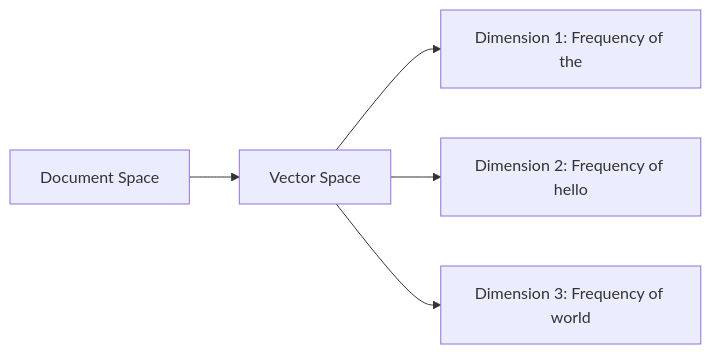
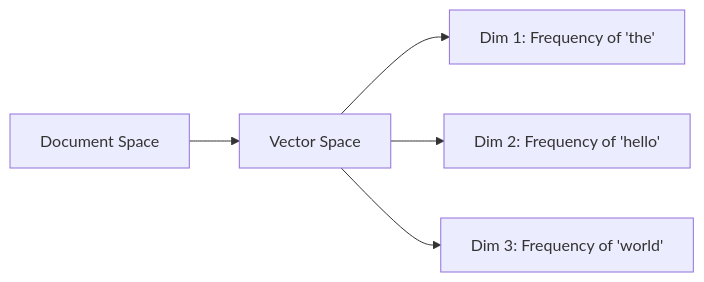
Before and after one commit to mgorav/Vectors: the first of 3 diagrams in readme.md, drawn with Mermaid. The commit also changed 1 other file, not shown here.

````diff
--- a/readme.md
+++ b/readme.md
@@ -12,7 +12,8 @@
 ```mermaid
 graph LR
-    A[Document Space] --> B[Vector Space]
-    B --> C[Dimension 1: Frequency of the]
-    B --> D[Dimension 2: Frequency of hello]
-    B --> E[Dimension 3: Frequency of world]
+  A[Document Space] --> B[Vector Space]
+  B --> C[Dim 1: Frequency of 'the']
+  B --> D[Dim 2: Frequency of 'hello']
+  B --> E[Dim 3: Frequency of 'world']
+
 ```
````
